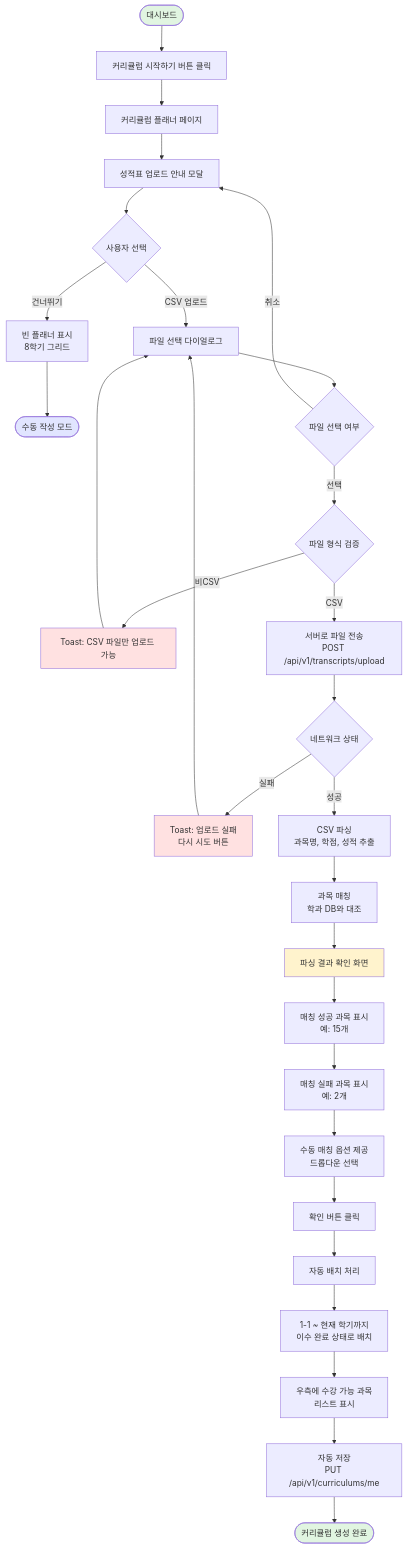
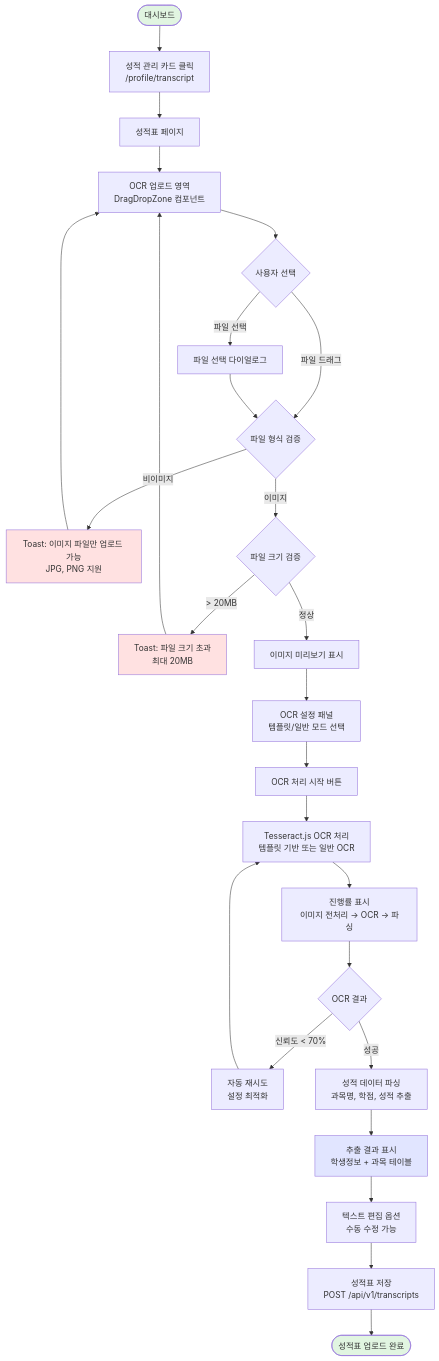
Before and after one commit to alpha7179/PWD_MediaWeave: the third of 16 diagrams in Docs/8. [Design] User Flow.md, drawn with Mermaid. The commit also changed other lines of this file and 15 other files, not shown here.

````diff
--- a/Docs/8. [Design] User Flow.md
+++ b/Docs/8. [Design] User Flow.md
@@ -141,45 +118,41 @@
 ```mermaid
 flowchart TD
-    Start([대시보드]) --> StartBtn[커리큘럼 시작하기 버튼 클릭]
-    StartBtn --> Planner[커리큘럼 플래너 페이지]
-    Planner --> UploadModal[성적표 업로드 안내 모달]
+    Start([대시보드]) --> TranscriptBtn[성적 관리 카드 클릭<br/>/profile/transcript]
+    TranscriptBtn --> TranscriptPage[성적표 페이지]
+    TranscriptPage --> UploadArea[OCR 업로드 영역<br/>DragDropZone 컴포넌트]
     
-    UploadModal --> Choice{사용자 선택}
-    Choice -->|건너뛰기| EmptyPlanner[빈 플래너 표시<br/>8학기 그리드]
-    EmptyPlanner --> End1([수동 작성 모드])
+    UploadArea --> Choice{사용자 선택}
+    Choice -->|파일 드래그| FileCheck{파일 형식 검증}
+    Choice -->|파일 선택| FileSelect[파일 선택 다이얼로그]
+    FileSelect --> FileCheck
     
-    Choice -->|CSV 업로드| FileSelect[파일 선택 다이얼로그]
-    FileSelect --> FileCheck{파일 선택 여부}
-    FileCheck -->|취소| UploadModal
+    FileCheck -->|비이미지| FormatError[Toast: 이미지 파일만 업로드 가능<br/>JPG, PNG 지원]
+    FormatError --> UploadArea
     
-    FileCheck -->|선택| ValidateFile{파일 형식 검증}
-    ValidateFile -->|비CSV| FormatError[Toast: CSV 파일만 업로드 가능]
-    FormatError --> FileSelect
+    FileCheck -->|이미지| SizeCheck{파일 크기 검증}
+    SizeCheck -->|> 20MB| SizeError[Toast: 파일 크기 초과<br/>최대 20MB]
+    SizeError --> UploadArea
     
-    ValidateFile -->|CSV| UploadFile[서버로 파일 전송<br/>POST /api/v1/transcripts/upload]
-    UploadFile --> NetworkCheck{네트워크 상태}
-    NetworkCheck -->|실패| NetworkError[Toast: 업로드 실패<br/>다시 시도 버튼]
-    NetworkError --> FileSelect
+    SizeCheck -->|정상| ShowPreview[이미지 미리보기 표시]
+    ShowPreview --> OCRSettings[OCR 설정 패널<br/>템플릿/일반 모드 선택]
+    OCRSettings --> StartOCR[OCR 처리 시작 버튼]
     
-    NetworkCheck -->|성공| ParseCSV[CSV 파싱<br/>과목명, 학점, 성적 추출]
-    ParseCSV --> MatchCourses[과목 매칭<br/>학과 DB와 대조]
-    MatchCourses --> ShowResult[파싱 결과 확인 화면]
+    StartOCR --> ProcessOCR[Tesseract.js OCR 처리<br/>템플릿 기반 또는 일반 OCR]
+    ProcessOCR --> ShowProgress[진행률 표시<br/>이미지 전처리 → OCR → 파싱]
+    ShowProgress --> OCRResult{OCR 결과}
     
-    ShowResult --> DisplayMatched[매칭 성공 과목 표시<br/>예: 15개]
-    DisplayMatched --> DisplayFailed[매칭 실패 과목 표시<br/>예: 2개]
-    DisplayFailed --> ManualMatch[수동 매칭 옵션 제공<br/>드롭다운 선택]
+    OCRResult -->|신뢰도 < 70%| RetryOCR[자동 재시도<br/>설정 최적화]
+    RetryOCR --> ProcessOCR
     
-    ManualMatch --> ConfirmBtn[확인 버튼 클릭]
-    ConfirmBtn --> AutoPlace[자동 배치 처리]
-    AutoPlace --> PlaceCompleted[1-1 ~ 현재 학기까지<br/>이수 완료 상태로 배치]
-    PlaceCompleted --> ShowAvailable[우측에 수강 가능 과목<br/>리스트 표시]
-    ShowAvailable --> SaveAuto[자동 저장<br/>PUT /api/v1/curriculums/me]
-    SaveAuto --> End2([커리큘럼 생성 완료])
+    OCRResult -->|성공| ParseData[성적 데이터 파싱<br/>과목명, 학점, 성적 추출]
+    ParseData --> ShowResult[추출 결과 표시<br/>학생정보 + 과목 테이블]
+    ShowResult --> EditOption[텍스트 편집 옵션<br/>수동 수정 가능]
+    EditOption --> SaveTranscript[성적표 저장<br/>POST /api/v1/transcripts]
+    SaveTranscript --> End([성적표 업로드 완료])
     
     style Start fill:#e1f5e1
-    style End1 fill:#e1e5ff
-    style End2 fill:#e1f5e1
+    style End fill:#e1f5e1
     style FormatError fill:#ffe1e1
-    style NetworkError fill:#ffe1e1
-    style ShowResult fill:#fff3cd
+    style SizeError fill:#ffe1e1
+    style ShowResult fill:#e1e5ff
 ```
````
